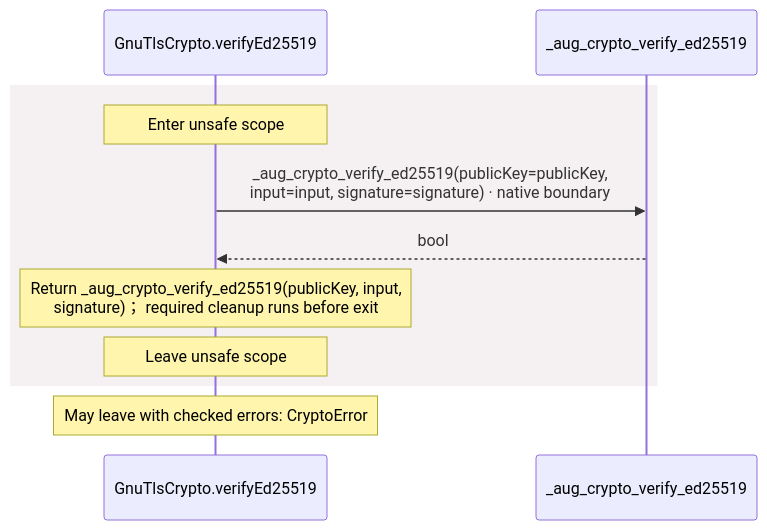
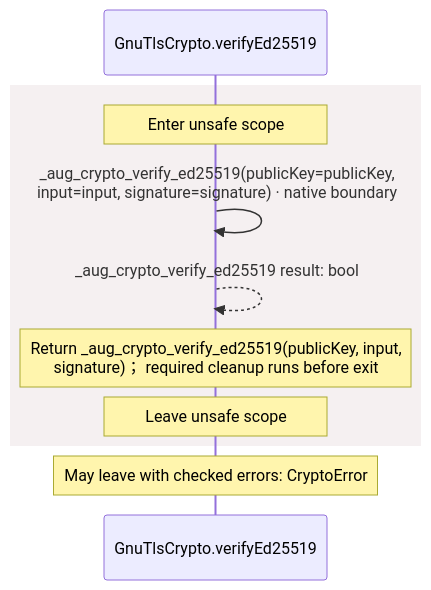
The ninth of 15 diagrams in src/stdlib/crypto/contracts.aug.diagrams.md (GreenPandaStudios/augscript), drawn with Mermaid before and after one commit. The commit also changed other lines of this file and 304 other files, not shown here.

Commit message:
Make generated data-flow sequences concise and review every diagram

````diff
--- a/src/stdlib/crypto/contracts.aug.diagrams.md
+++ b/src/stdlib/crypto/contracts.aug.diagrams.md
@@ -403,13 +369,13 @@
 ```mermaid
 sequenceDiagram
     participant p0 as GnuTlsCrypto.verifyEd25519
-    participant p1 as _aug_crypto_verify_ed25519
+
     rect rgb(245, 240, 241)
     Note over p0: Enter unsafe scope
-    p0->>p1: _aug_crypto_verify_ed25519(publicKey=publicKey,<br/>input=input, signature=signature) · native boundary
-    p1-->>p0: bool
+    p0->>p0: _aug_crypto_verify_ed25519(publicKey=publicKey,<br/>input=input, signature=signature) · native boundary
+    p0-->>p0: _aug_crypto_verify_ed25519 result: bool
     Note over p0: Return _aug_crypto_verify_ed25519(publicKey, input,<br/>signature)； required cleanup runs before exit
     Note over p0: Leave unsafe scope
     end
     Note over p0: May leave with checked errors: CryptoError
 ```
````
